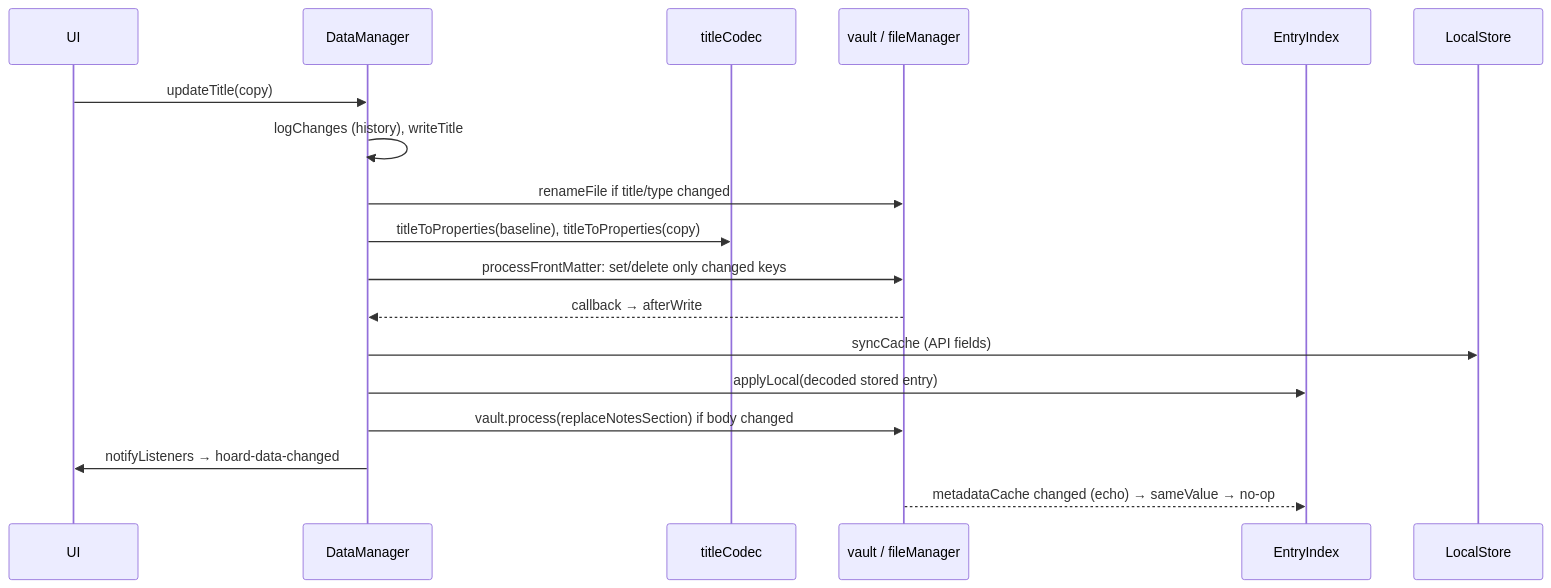
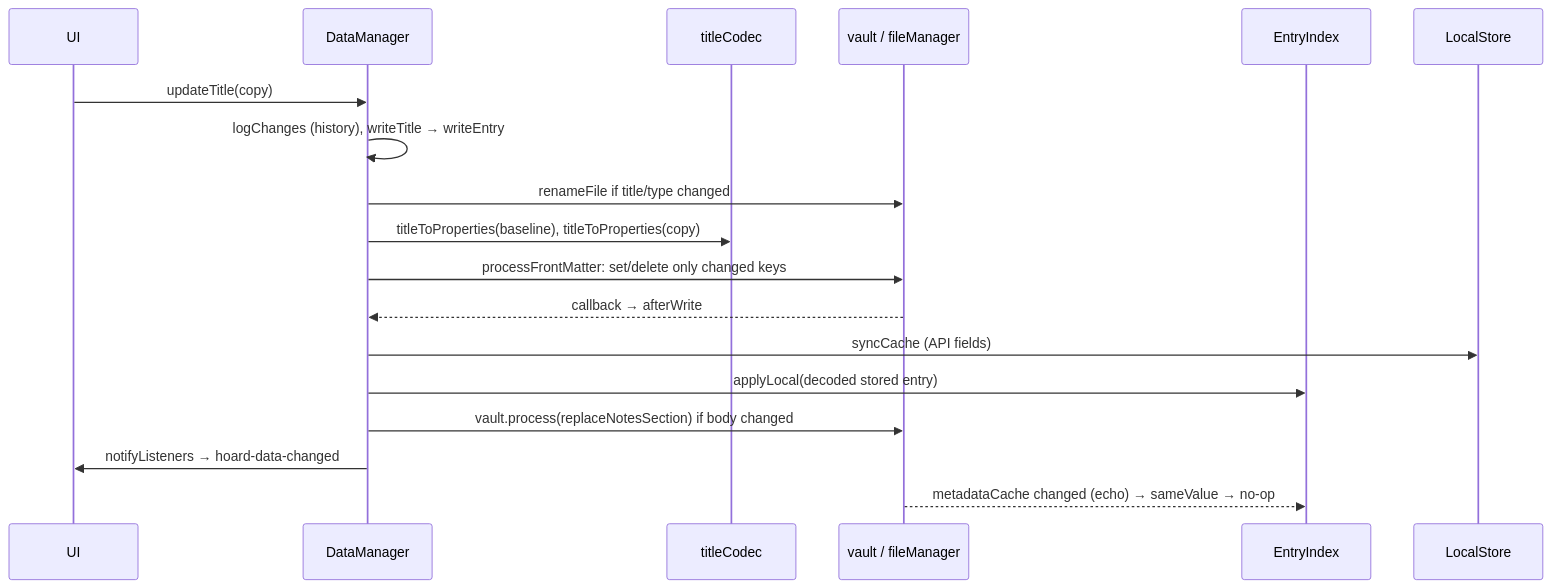
The diagram in docs/flows/entry-write.md (Macavity/obsidian-hoard), drawn with Mermaid before and after one commit. The commit also changed other lines of this file and 2 other files, not shown here.

Commit message:
docs(wiki): the shared write pipeline

````diff
--- a/docs/flows/entry-write.md
+++ b/docs/flows/entry-write.md
@@ -21,20 +35,20 @@
 ```mermaid
 sequenceDiagram
   participant UI
   participant DM as DataManager
   participant C as titleCodec
   participant V as vault / fileManager
   participant I as EntryIndex
   participant L as LocalStore
   UI->>DM: updateTitle(copy)
-  DM->>DM: logChanges (history), writeTitle
+  DM->>DM: logChanges (history), writeTitle → writeEntry
   DM->>V: renameFile if title/type changed
   DM->>C: titleToProperties(baseline), titleToProperties(copy)
   DM->>V: processFrontMatter: set/delete only changed keys
   V-->>DM: callback → afterWrite
   DM->>L: syncCache (API fields)
   DM->>I: applyLocal(decoded stored entry)
   DM->>V: vault.process(replaceNotesSection) if body changed
   DM->>UI: notifyListeners → hoard-data-changed
   V-->>I: metadataCache changed (echo) → sameValue → no-op
 ```
````
